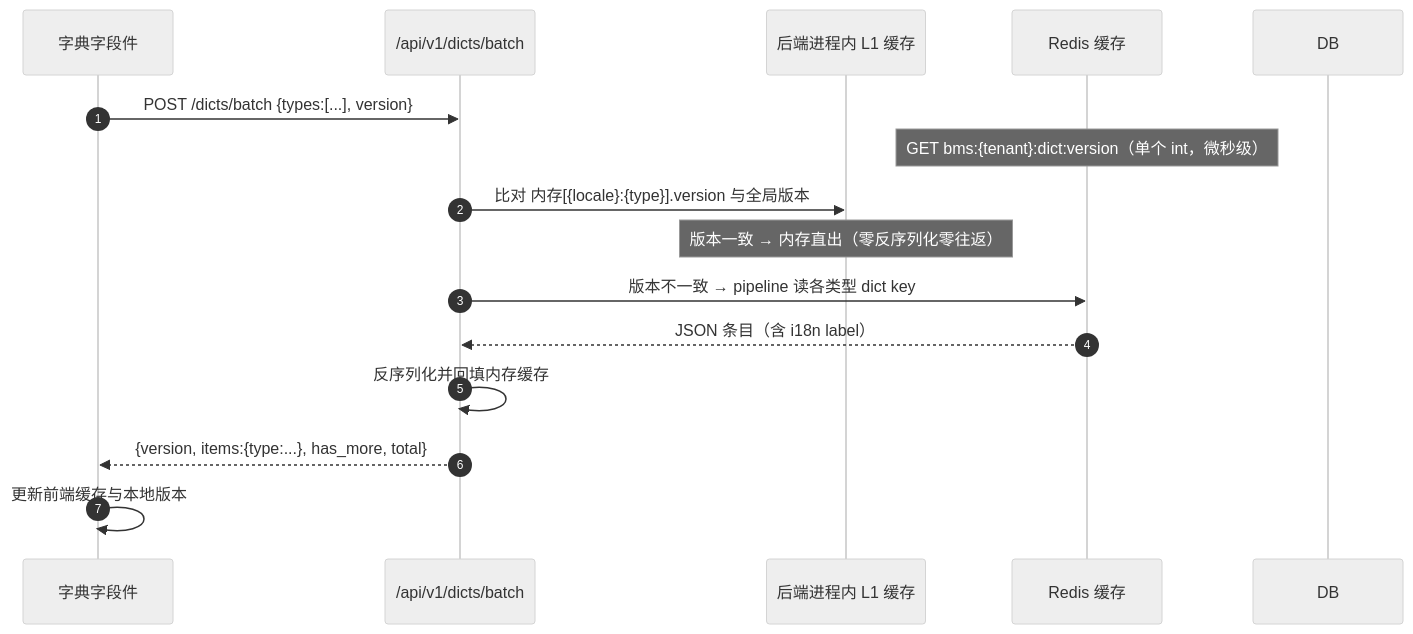
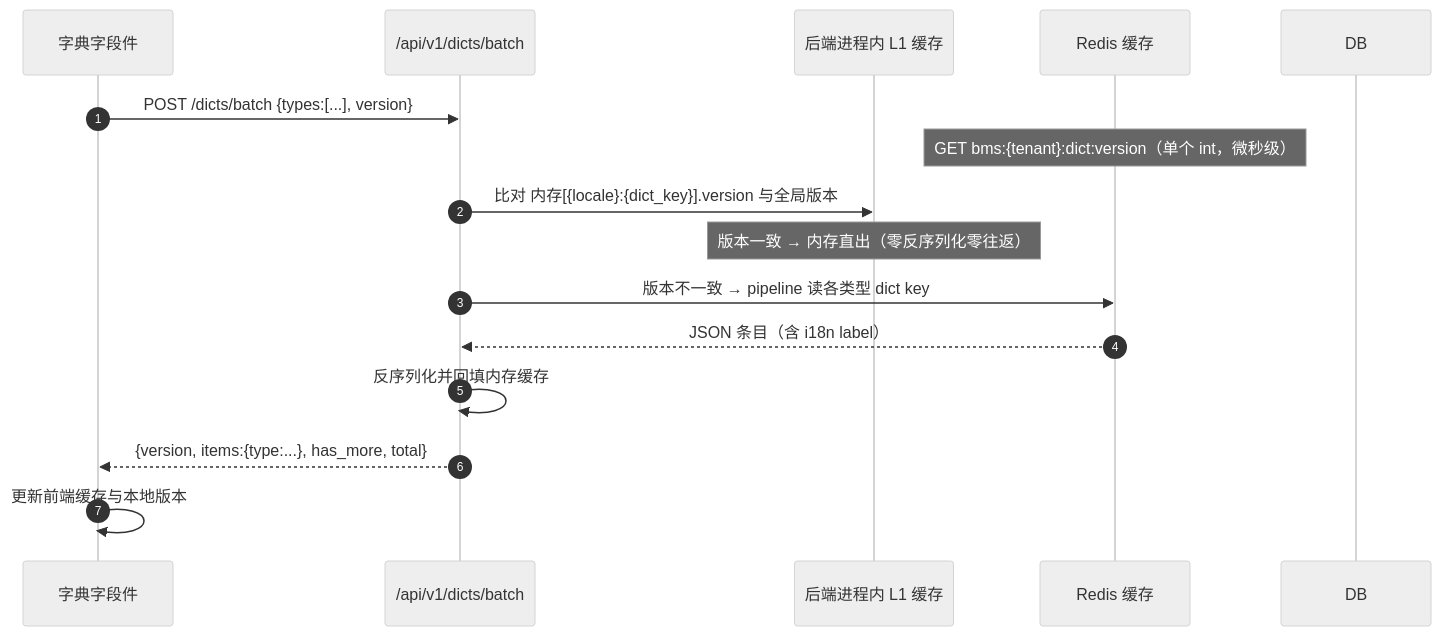
Before and after one commit to minjian123/basic-management-system: the first of 3 diagrams in bms文档/设计/组件设计/06_字段类/01_组件设计_字典字段/01_组件设计_字典字段.md, drawn with Mermaid (neutral theme). The commit also changed other lines of this file and 3 other files, not shown here.

````diff
--- a/bms文档/设计/组件设计/06_字段类/01_组件设计_字典字段/01_组件设计_字典字段.md
+++ b/bms文档/设计/组件设计/06_字段类/01_组件设计_字典字段/01_组件设计_字典字段.md
@@ -39,19 +39,19 @@
 ```mermaid
 sequenceDiagram
     autonumber
     participant 前端组件 as 字典字段件
     participant 后端 as /api/v1/dicts/batch
     participant L1 as 后端进程内 L1 缓存
     participant Redis 缓存
     participant DB
 
     前端组件->>后端: POST /dicts/batch {types:[...], version}
     Note over Redis 缓存: GET bms:{tenant}:dict:version（单个 int，微秒级）
-    后端->>L1: 比对 内存[{locale}:{type}].version 与全局版本
+    后端->>L1: 比对 内存[{locale}:{dict_key}].version 与全局版本
     Note over L1: 版本一致 → 内存直出（零反序列化零往返）
     后端->>Redis 缓存: 版本不一致 → pipeline 读各类型 dict key
     Redis 缓存-->>后端: JSON 条目（含 i18n label）
     后端->>后端: 反序列化并回填内存缓存
     后端-->>前端组件: {version, items:{type:...}, has_more, total}
     前端组件->>前端组件: 更新前端缓存与本地版本
 ```
````
